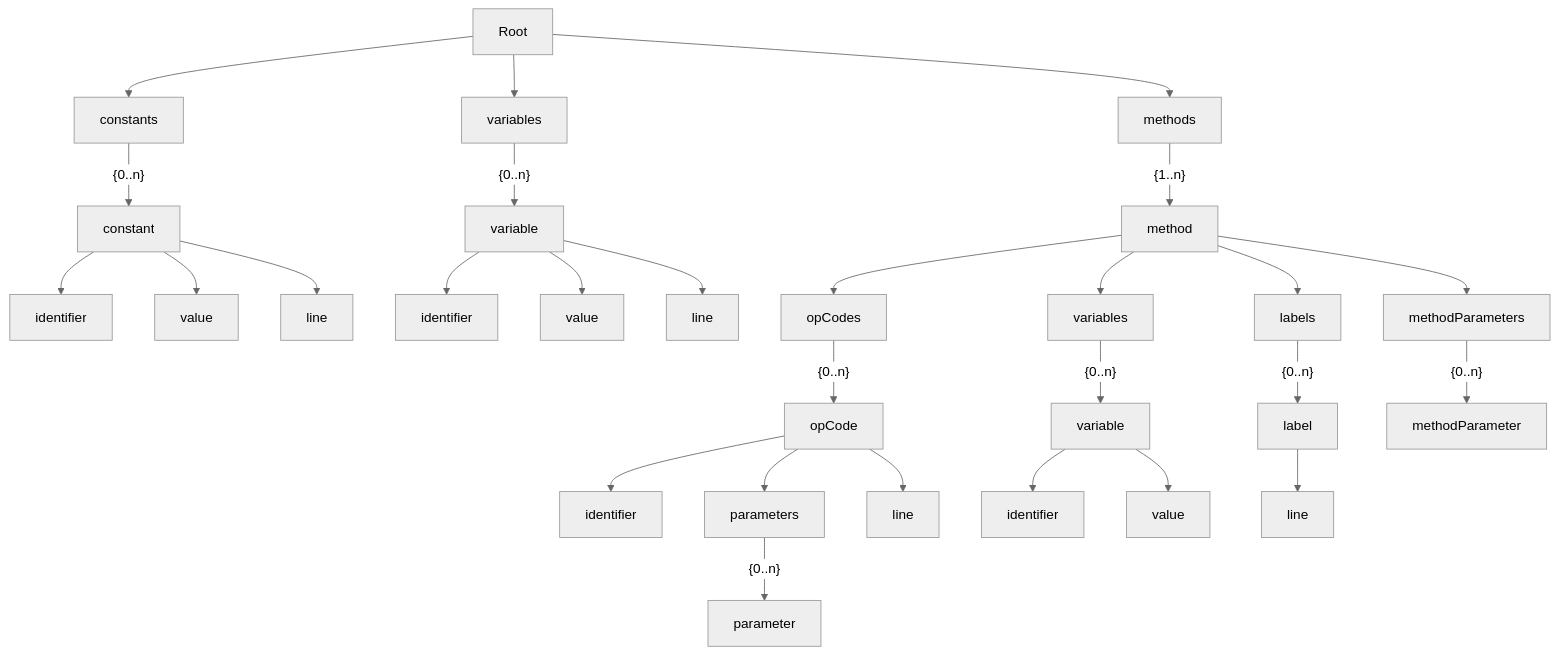
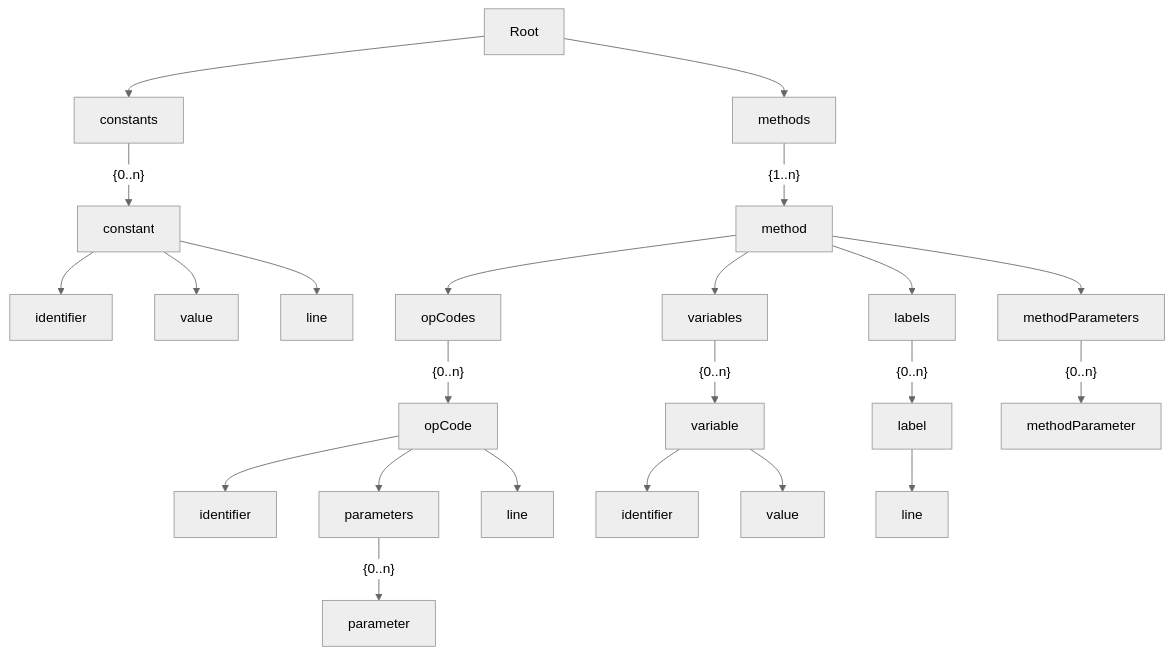
The diagram in diagrams/AST.md (YasinKavuk/mic-1-interactive), drawn with Mermaid (neutral theme) before and after one commit. The commit also changed 1 other file, not shown here.

Commit message:
#192: removed global variable capability. Every variable in the MIC1 has to be in a method. Also updated AST diagram

````diff
--- a/diagrams/AST.md
+++ b/diagrams/AST.md
@@ -1,64 +1,53 @@
 ```mermaid
 graph TB
     R[Root]
     VAL1[value]
-    VAL2[value]
     VAL4[value]
     I1[identifier]
-    I2[identifier]
     I4[identifier]
     I6[identifier]
     C[constants]
     C1[constant]
-    VS1[variables]
     VS3[variables]
-    V1[variable]
     V3[variable]
     METPS[methodParameters]
     METP[methodParameter]
     MET[method]
     METS[methods]
     OPC2[opCodes]
     OP2[opCode]
     PS2[parameters]
     P2[parameter]
     LS2[labels]
     L2[label]
     LN1[line]
-    LN2[line]
     LN3[line]
     LN4[line]
 
 
     R-->C
-    R-->VS1
     R-->METS
 
     METS-- {1..n} -->MET
 
     C-- {0..n} -->C1
     C1-->I1
     C1-->VAL1
     C1-->LN1
-
-    VS1-- {0..n} -->V1
-    V1-->I2
-    V1-->VAL2
-    V1-->LN2
 
     MET-->OPC2
     OPC2-- {0..n} -->OP2
     OP2-->I4
     OP2-->PS2
     PS2-- {0..n} -->P2
     MET-->VS3
     VS3-- {0..n} -->V3
     V3-->I6
     V3-->VAL4
     MET-->LS2
     LS2-- {0..n} -->L2
     L2-->LN4
     OP2-->LN3
     MET-->METPS
     METPS-- {0..n} -->METP
 ```
````
